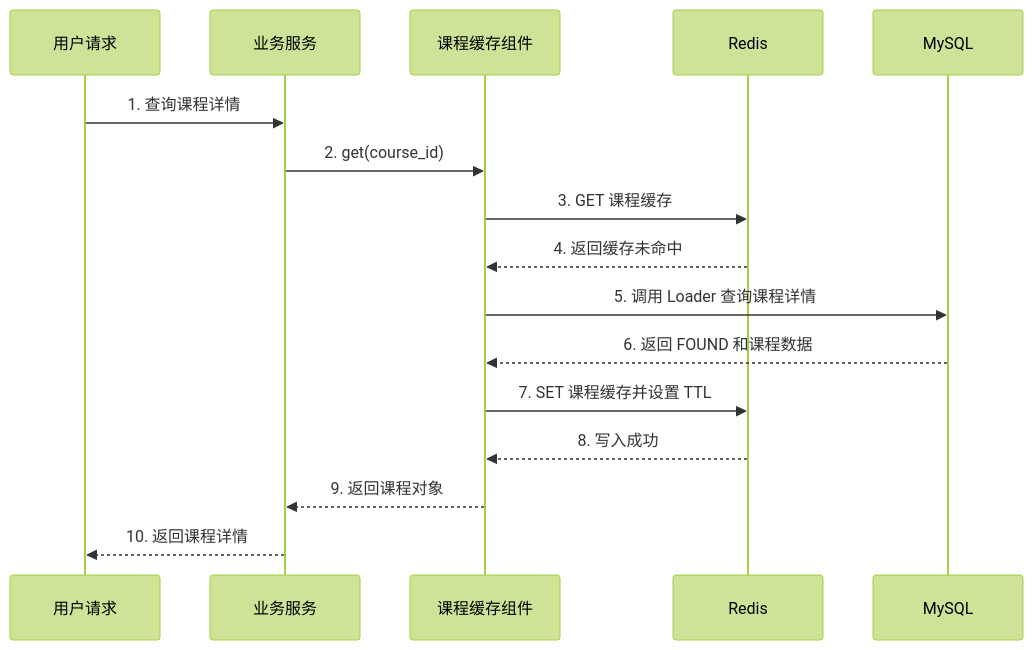
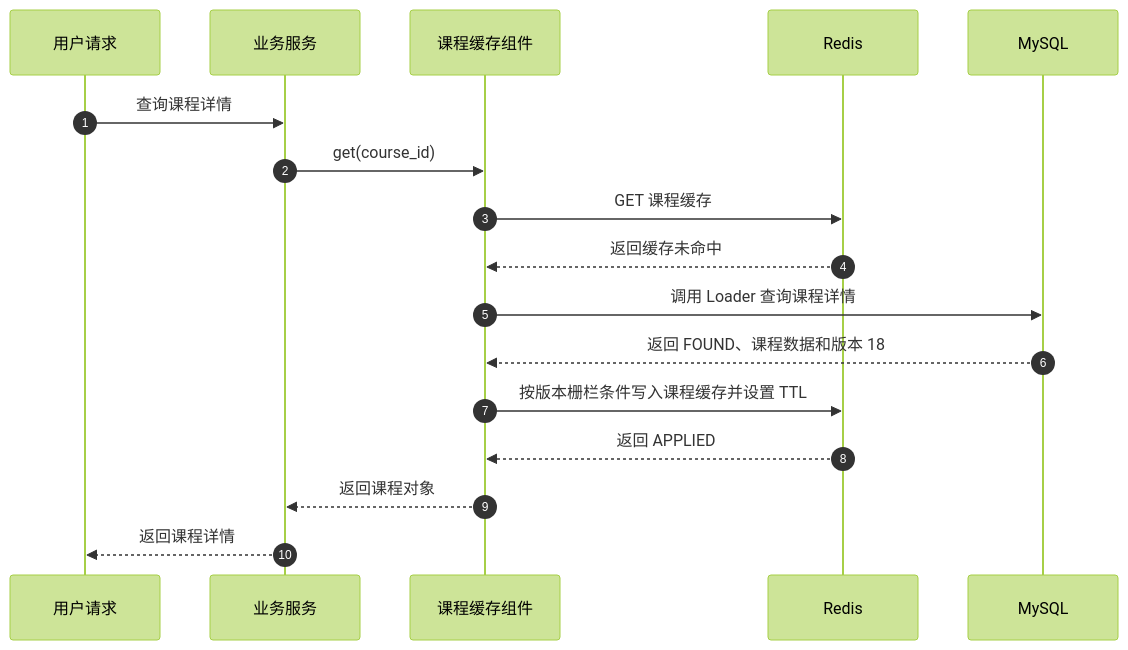
Before and after one commit to zdl20251023-pixel/agent-frame: diagram 13 of 27 in docs/redis/126-redis-4种缓存模式-分享版-极简版.md, drawn with Mermaid (forest theme). The commit also changed other lines of this file, not shown here.

Commit message:
redis 四大缓存模式 分享-极简版

````diff
--- a/docs/redis/126-redis-4种缓存模式-分享版-极简版.md
+++ b/docs/redis/126-redis-4种缓存模式-分享版-极简版.md
@@ -545,22 +554,23 @@
 ```mermaid
 sequenceDiagram
+    autonumber
     participant Client as 用户请求
     participant Service as 业务服务
     participant Cache as 课程缓存组件
     participant Redis as Redis
     participant MySQL as MySQL
 
-    Client->>Service: 1. 查询课程详情
-    Service->>Cache: 2. get(course_id)
-    Cache->>Redis: 3. GET 课程缓存
-    Redis-->>Cache: 4. 返回缓存未命中
+    Client->>Service: 查询课程详情
+    Service->>Cache: get(course_id)
+    Cache->>Redis: GET 课程缓存
+    Redis-->>Cache: 返回缓存未命中
 
-    Cache->>MySQL: 5. 调用 Loader 查询课程详情
-    MySQL-->>Cache: 6. 返回 FOUND 和课程数据
+    Cache->>MySQL: 调用 Loader 查询课程详情
+    MySQL-->>Cache: 返回 FOUND、课程数据和版本 18
 
-    Cache->>Redis: 7. SET 课程缓存并设置 TTL
-    Redis-->>Cache: 8. 写入成功
+    Cache->>Redis: 按版本栅栏条件写入课程缓存并设置 TTL
+    Redis-->>Cache: 返回 APPLIED
 
-    Cache-->>Service: 9. 返回课程对象
-    Service-->>Client: 10. 返回课程详情
+    Cache-->>Service: 返回课程对象
+    Service-->>Client: 返回课程详情
 ```
````
